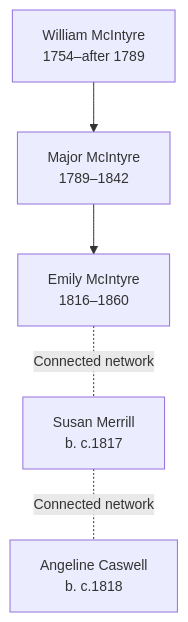
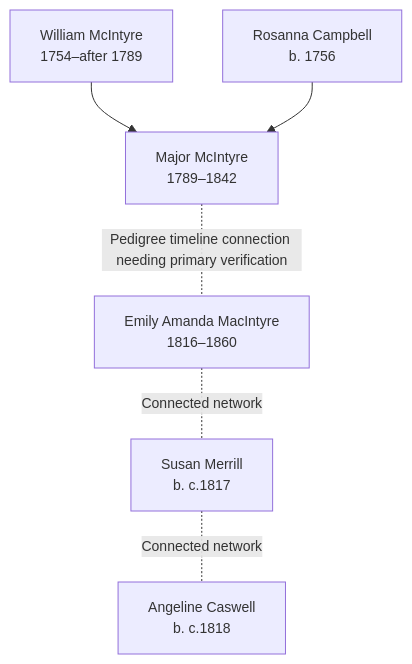
Before and after one commit to zcopley/thorpe-family-research: the diagram in Topics/McIntyre, Merrill, Caswell, and Allied Families Branch Summary.md, drawn with Mermaid. The commit also changed other lines of this file and 12 other files, not shown here.

Commit message:
Extract MacIntyre book outprint evidence

````diff
--- a/Topics/McIntyre, Merrill, Caswell, and Allied Families Branch Summary.md
+++ b/Topics/McIntyre, Merrill, Caswell, and Allied Families Branch Summary.md
@@ -30,14 +32,16 @@
 ```mermaid
 %%{init: {'flowchart': {'htmlLabels': true}, 'theme': 'default', 'themeVariables': {'primaryTextColor': '#000000', 'primaryBorderColor': '#333333', 'lineColor': '#333333', 'fontSize': '14px'}}}%%
 graph TD
     WM["William McIntyre<br/>1754–after 1789"]
+    RC["Rosanna Campbell<br/>b. 1756"]
     MM["Major McIntyre<br/>1789–1842"]
-    EM["Emily McIntyre<br/>1816–1860"]
+    EM["Emily Amanda MacIntyre<br/>1816–1860"]
     SM["Susan Merrill<br/>b. c.1817"]
     AC["Angeline Caswell<br/>b. c.1818"]
     
     WM --> MM
-    MM --> EM
+    RC --> MM
+    MM -.Pedigree timeline connection needing primary verification.- EM
     EM -.Connected network.- SM
     SM -.Connected network.- AC
 ```
````
